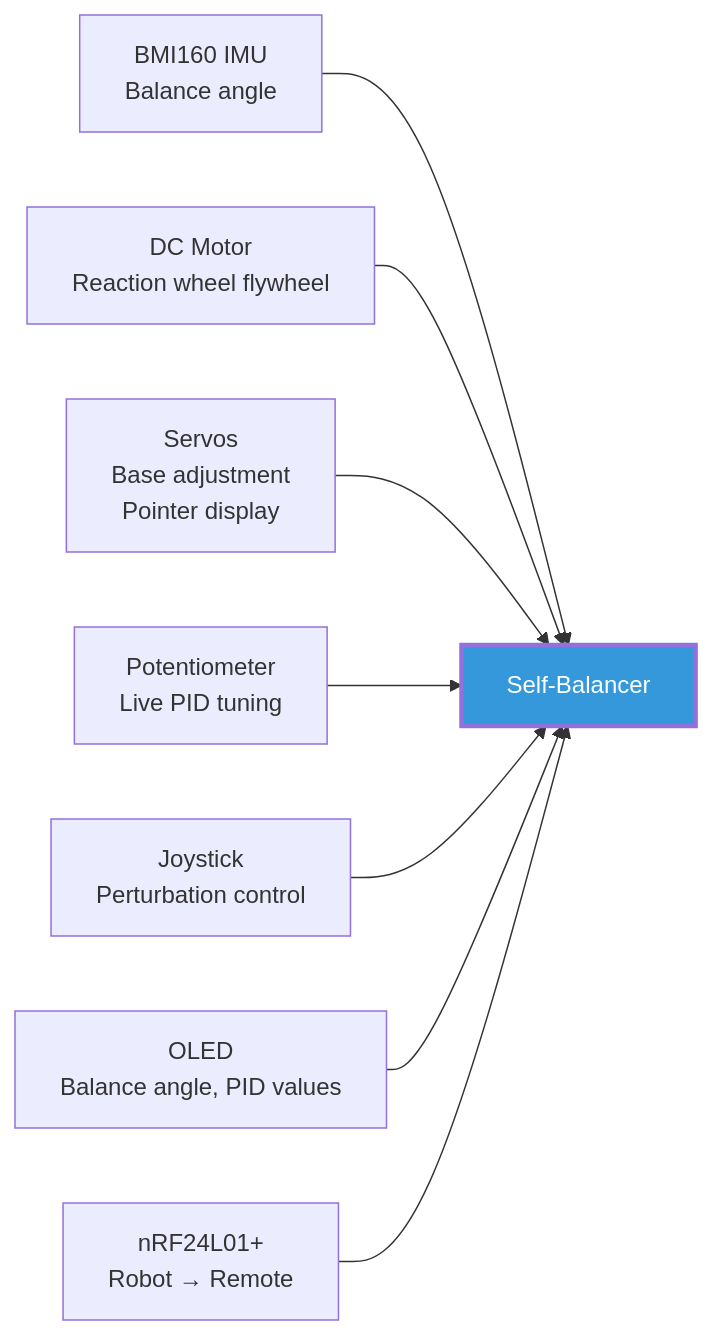
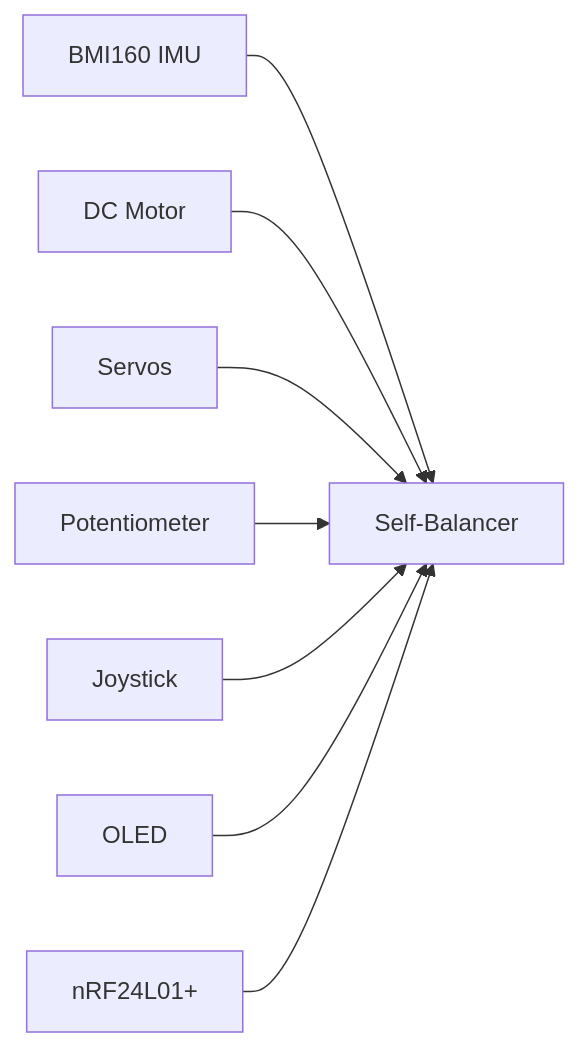
Before and after one commit to doyun-gu/hack-a-bot-2026: the third of 13 diagrams in docs/idea-shortlist-v2.md, drawn with Mermaid. The commit also changed other lines of this file and 3 other files, not shown here.

First line of the commit message:
Clean up diagrams + add EEE theory + ventilation application

````diff
--- a/docs/idea-shortlist-v2.md
+++ b/docs/idea-shortlist-v2.md
@@ -108,12 +100,10 @@
 ```mermaid
 graph LR
-    IMU["BMI160 IMU<br/>Balance angle"] --> CORE["Self-Balancer"]
-    MOTOR["DC Motor<br/>Reaction wheel flywheel"] --> CORE
-    SERVO["Servos<br/>Base adjustment<br/>Pointer display"] --> CORE
-    POT["Potentiometer<br/>Live PID tuning"] --> CORE
-    JOY["Joystick<br/>Perturbation control"] --> CORE
-    OLED["OLED<br/>Balance angle, PID values"] --> CORE
-    NRF["nRF24L01+<br/>Robot → Remote"] --> CORE
-
-    style CORE fill:#3498db,color:#fff,stroke-width:3px
+    IMU[BMI160 IMU] --> CORE[Self-Balancer]
+    MOTOR[DC Motor] --> CORE
+    SERVO[Servos] --> CORE
+    POT[Potentiometer] --> CORE
+    JOY[Joystick] --> CORE
+    OLED[OLED] --> CORE
+    NRF[nRF24L01+] --> CORE
 ```
````
